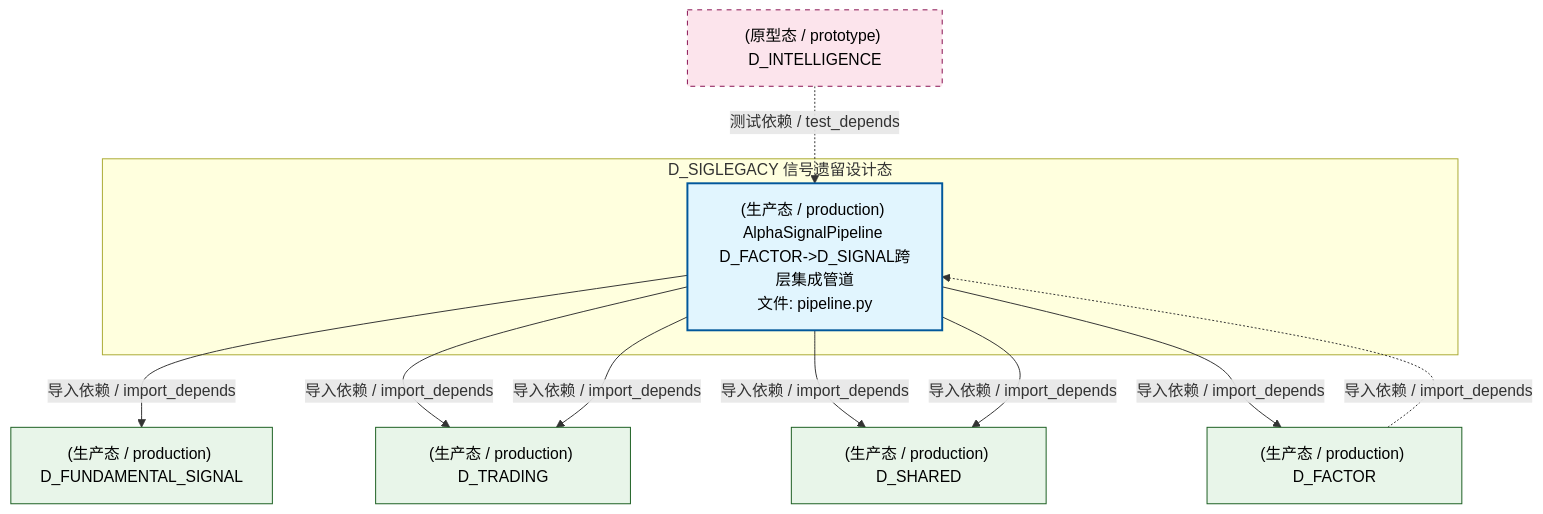
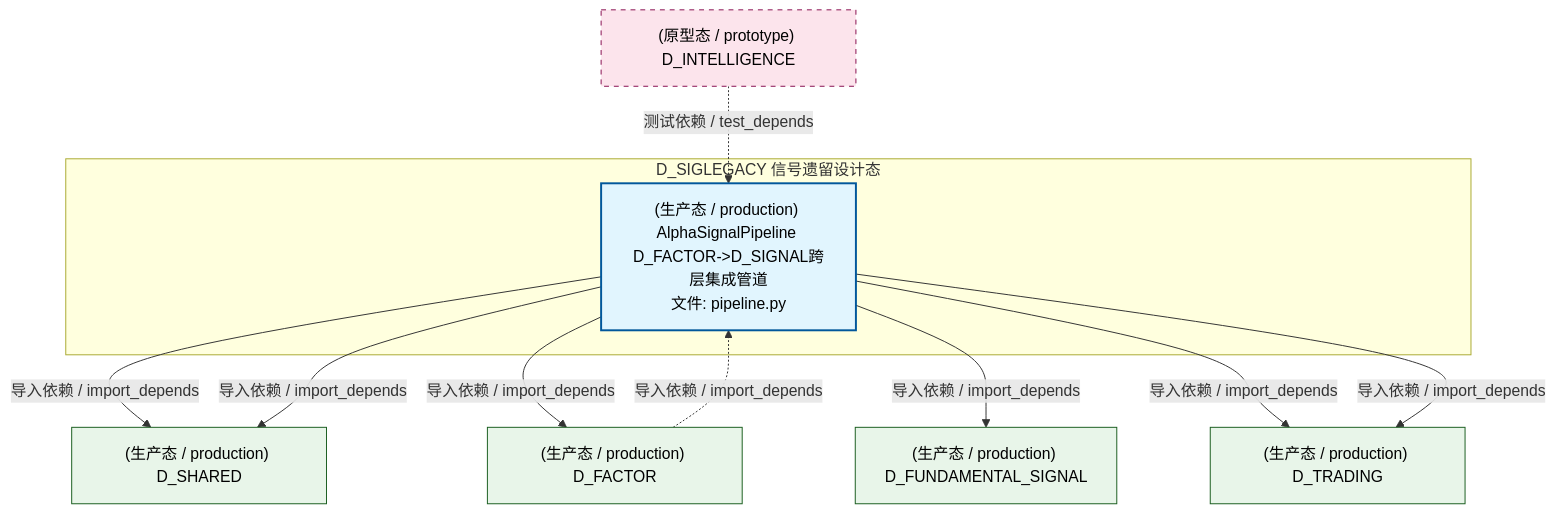
Before and after one commit to xuanFelixVan/ZephyrAlpha: the second of 4 diagrams in docs/02_enterprise_architecture/02_domain_architecture_docs/63_d_siglegacy.md, drawn with Mermaid. The commit also changed other lines of this file and 126 other files, not shown here.

````diff
--- a/docs/02_enterprise_architecture/02_domain_architecture_docs/63_d_siglegacy.md
+++ b/docs/02_enterprise_architecture/02_domain_architecture_docs/63_d_siglegacy.md
@@ -138,26 +138,26 @@
 ```mermaid
 graph TD
     subgraph D_SIGLEGACY["D_SIGLEGACY 信号遗留设计态"]
         src_zephyr_signal_fundamental_pipeline_py["(生产态 / production) AlphaSignalPipeline D_FACTOR->D_SIGNAL跨层集成管道<br/>文件: pipeline.py"]
     end
-    D_FUNDAMENTAL_SIGNAL["(生产态 / production) D_FUNDAMENTAL_SIGNAL"]
-    src_zephyr_signal_fundamental_pipeline_py -->|导入依赖 / import_depends| D_FUNDAMENTAL_SIGNAL
-    D_TRADING["(生产态 / production) D_TRADING"]
-    src_zephyr_signal_fundamental_pipeline_py -->|导入依赖 / import_depends| D_TRADING
     D_SHARED["(生产态 / production) D_SHARED"]
     src_zephyr_signal_fundamental_pipeline_py -->|导入依赖 / import_depends| D_SHARED
     D_FACTOR["(生产态 / production) D_FACTOR"]
     src_zephyr_signal_fundamental_pipeline_py -->|导入依赖 / import_depends| D_FACTOR
     src_zephyr_signal_fundamental_pipeline_py -->|导入依赖 / import_depends| D_SHARED
+    D_FUNDAMENTAL_SIGNAL["(生产态 / production) D_FUNDAMENTAL_SIGNAL"]
+    src_zephyr_signal_fundamental_pipeline_py -->|导入依赖 / import_depends| D_FUNDAMENTAL_SIGNAL
+    D_TRADING["(生产态 / production) D_TRADING"]
+    src_zephyr_signal_fundamental_pipeline_py -->|导入依赖 / import_depends| D_TRADING
     src_zephyr_signal_fundamental_pipeline_py -->|导入依赖 / import_depends| D_TRADING
     D_FACTOR -.->|导入依赖 / import_depends| src_zephyr_signal_fundamental_pipeline_py
     D_INTELLIGENCE["(原型态 / prototype) D_INTELLIGENCE"]
     D_INTELLIGENCE -.->|测试依赖 / test_depends| src_zephyr_signal_fundamental_pipeline_py
     classDef production fill:#e1f5fe,stroke:#01579b,stroke-width:2px,color:#000
     classDef design fill:#fff3e0,stroke:#e65100,stroke-width:2px,color:#000,stroke-dasharray: 5 5
     classDef external_prod fill:#e8f5e9,stroke:#1b5e20,stroke-width:1px,color:#000
     classDef external_design fill:#fce4ec,stroke:#880e4f,stroke-width:1px,color:#000,stroke-dasharray: 5 5
     class src_zephyr_signal_fundamental_pipeline_py production
-    class D_FUNDAMENTAL_SIGNAL,D_TRADING,D_SHARED,D_FACTOR external_prod
+    class D_SHARED,D_FACTOR,D_FUNDAMENTAL_SIGNAL,D_TRADING external_prod
     class D_INTELLIGENCE external_design
 ```
````
